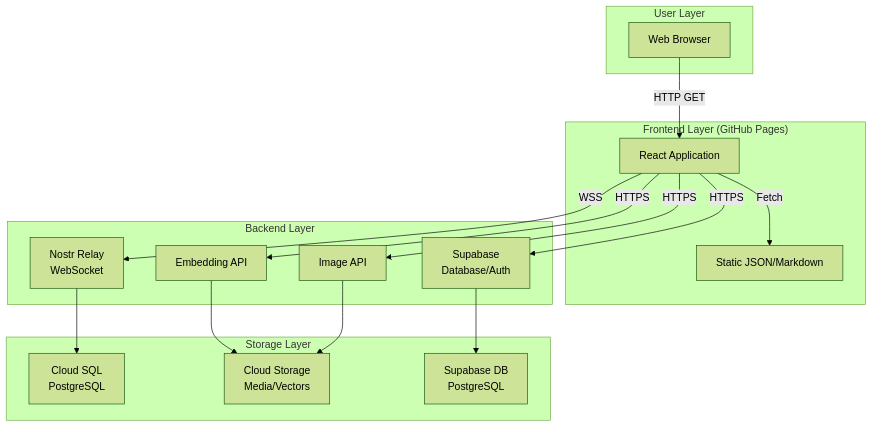
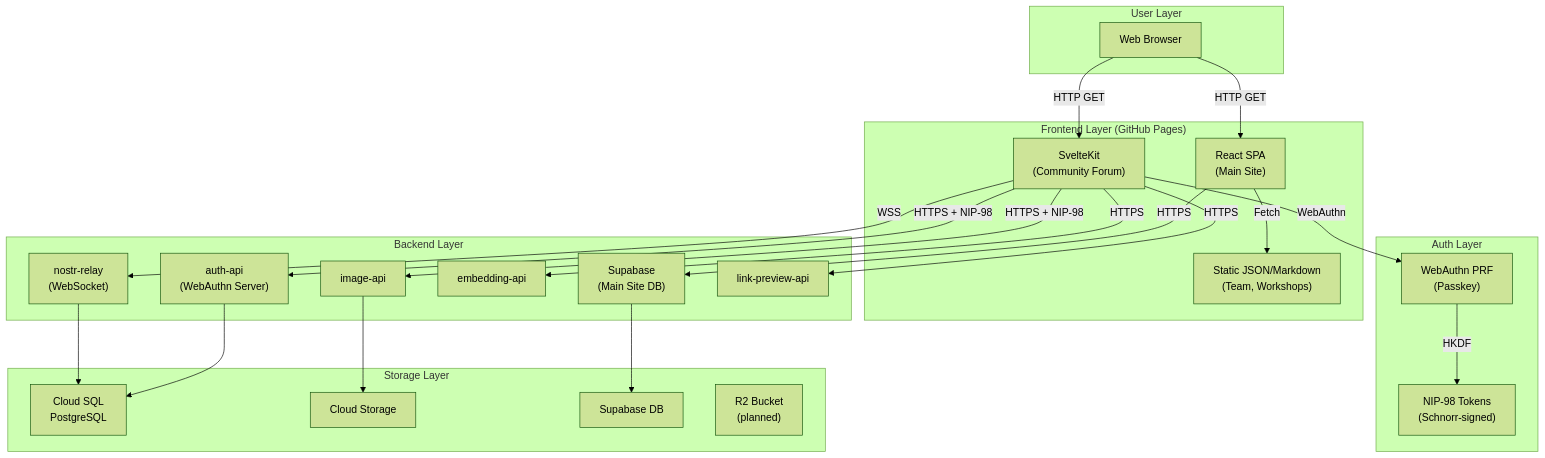
One commit to DreamLab-AI/dreamlab-ai-website changed the first of 18 diagrams in docs/architecture/DATA_FLOW.md. Above: the diagram before and after it, drawn with Mermaid (forest theme). The commit also changed other lines of this file and 49 other files, not shown here.

````diff
--- a/docs/architecture/DATA_FLOW.md
+++ b/docs/architecture/DATA_FLOW.md
@@ -16,36 +14,50 @@
 ```mermaid
 flowchart TB
     subgraph User["User Layer"]
         Browser["Web Browser"]
     end
 
     subgraph Frontend["Frontend Layer (GitHub Pages)"]
-        React["React Application"]
-        StaticData["Static JSON/Markdown"]
+        React["React SPA<br/>(Main Site)"]
+        Svelte["SvelteKit<br/>(Community Forum)"]
+        StaticData["Static JSON/Markdown<br/>(Team, Workshops)"]
+    end
+
+    subgraph Auth["Auth Layer"]
+        WebAuthn["WebAuthn PRF<br/>(Passkey)"]
+        NIP98["NIP-98 Tokens<br/>(Schnorr-signed)"]
     end
 
     subgraph Backend["Backend Layer"]
-        Supabase["Supabase<br/>Database/Auth"]
-        Relay["Nostr Relay<br/>WebSocket"]
-        EmbedAPI["Embedding API"]
-        ImageAPI["Image API"]
+        Supabase["Supabase<br/>(Main Site DB)"]
+        AuthAPI["auth-api<br/>(WebAuthn Server)"]
+        Relay["nostr-relay<br/>(WebSocket)"]
+        EmbedAPI["embedding-api"]
+        ImageAPI["image-api"]
+        LinkAPI["link-preview-api"]
     end
 
     subgraph Storage["Storage Layer"]
         CloudSQL["Cloud SQL<br/>PostgreSQL"]
-        CloudStorage["Cloud Storage<br/>Media/Vectors"]
-        SupabaseDB["Supabase DB<br/>PostgreSQL"]
+        GCS["Cloud Storage"]
+        SupabaseDB["Supabase DB"]
+        R2["R2 Bucket<br/>(planned)"]
     end
 
     Browser -->|HTTP GET| React
+    Browser -->|HTTP GET| Svelte
     React -->|Fetch| StaticData
     React -->|HTTPS| Supabase
-    React -->|WSS| Relay
-    React -->|HTTPS| EmbedAPI
-    React -->|HTTPS| ImageAPI
+    Svelte -->|WebAuthn| WebAuthn
+    WebAuthn -->|HKDF| NIP98
+    Svelte -->|HTTPS + NIP-98| AuthAPI
+    Svelte -->|WSS| Relay
+    Svelte -->|HTTPS + NIP-98| ImageAPI
+    Svelte -->|HTTPS| EmbedAPI
+    Svelte -->|HTTPS| LinkAPI
 
     Supabase --> SupabaseDB
+    AuthAPI --> CloudSQL
     Relay --> CloudSQL
-    EmbedAPI --> CloudStorage
-    ImageAPI --> CloudStorage
+    ImageAPI --> GCS
 ```
````
